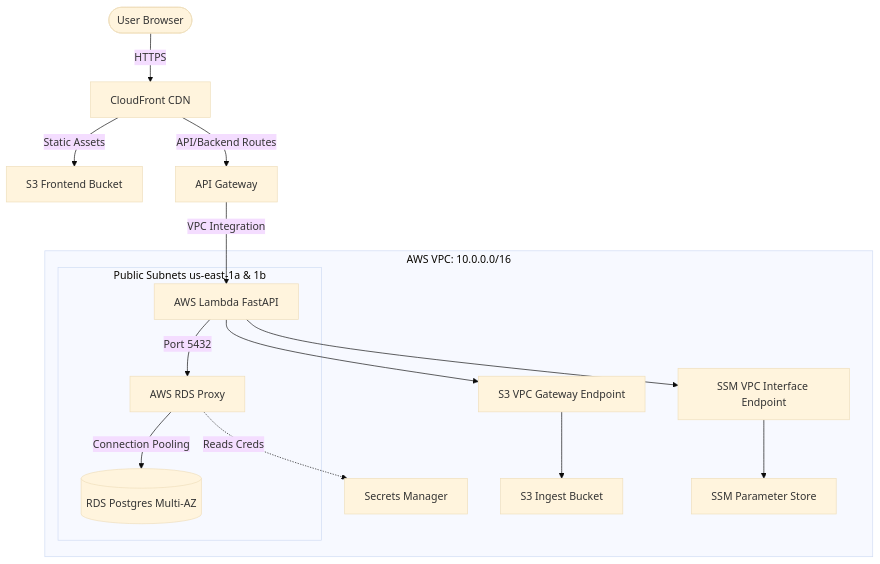
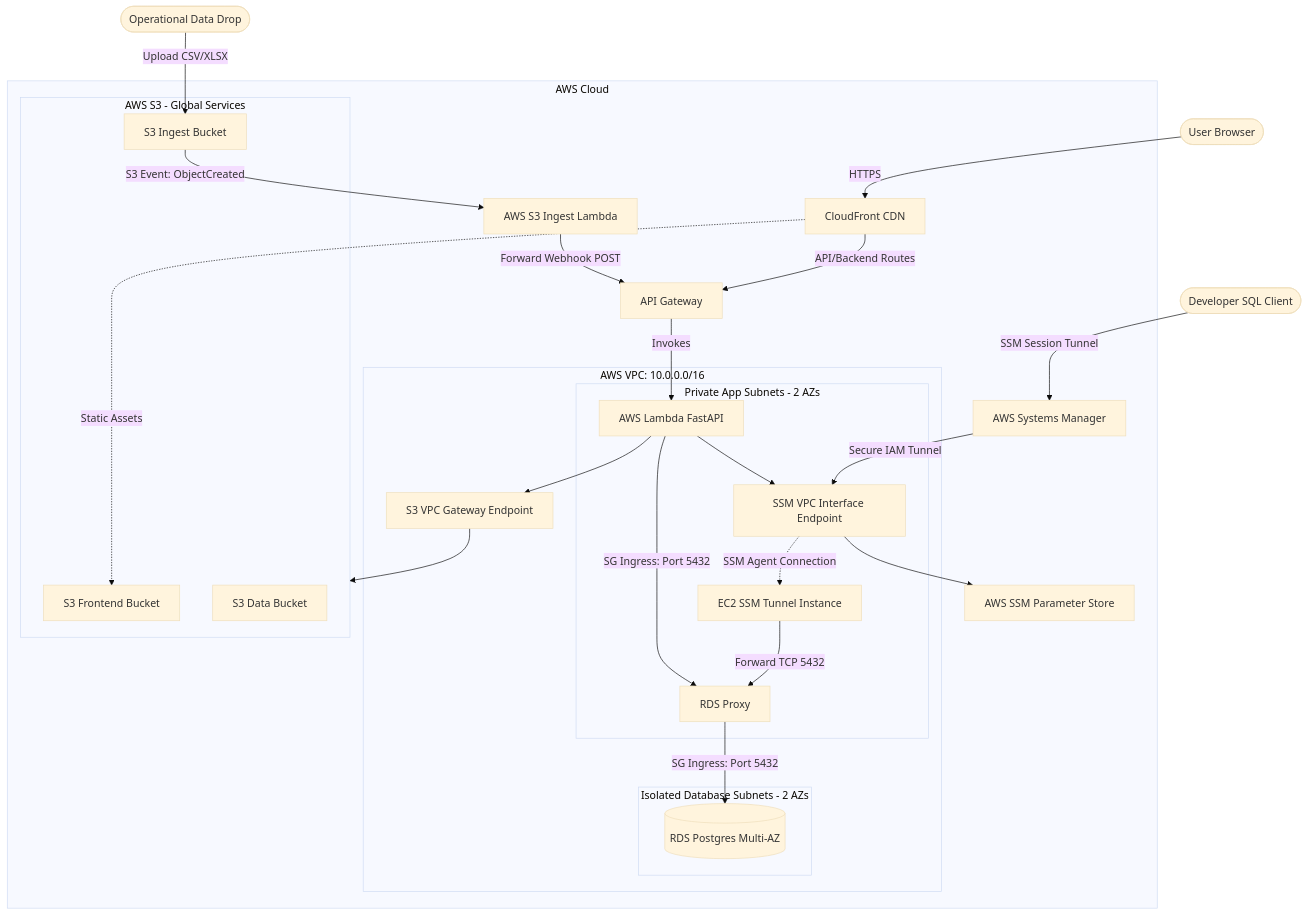
One commit to vanKvo/verity-portal changed the third of 3 diagrams in README.md. Above: the diagram before and after it, drawn with Mermaid (base theme). The commit also changed other lines of this file, not shown here.

````diff
--- a/README.md
+++ b/README.md
@@ -126,27 +129,67 @@
 ```mermaid
-graph TD
-    UserBrowser([User Browser]) -->|HTTPS| CF[CloudFront CDN]
-    CF -->|Static Assets| S3_Front[S3 Frontend Bucket]
-    CF -->|API/Backend Routes| AGW[API Gateway]
-    
-    subgraph VPC [AWS VPC: 10.0.0.0/16]
-        subgraph Subnets [Public Subnets us-east-1a & 1b]
-            Lambda_Prod[AWS Lambda FastAPI]
-            Proxy[AWS RDS Proxy]
-            RDS[(RDS Postgres Multi-AZ)]
+flowchart TD
+    %% Horizontal layout ordering for external clients (Left-to-Right)
+    DataDrop([Operational Data Drop])
+    UserBrowser([User Browser])
+    DevSQLClient([Developer SQL Client])
+
+    subgraph AWS [AWS Cloud]
+        %% Horizontal layout ordering of services inside AWS Cloud
+        S3_Ingest_Lambda[AWS S3 Ingest Lambda]
+        AGW[API Gateway]
+        CF[CloudFront CDN]
+        SSM_Service[AWS Systems Manager]
+        SSM_Param[AWS SSM Parameter Store]
+        
+        subgraph VPC [AWS VPC: 10.0.0.0/16]
+            subgraph PrivateSubnets [Private App Subnets - 2 AZs]
+                Lambda_Prod[AWS Lambda FastAPI]
+                RDS_Proxy[RDS Proxy]
+                EC2_SSM[EC2 SSM Tunnel Instance]
+                
+                %% VPC Endpoints
+                InterfaceSSM[SSM VPC Interface Endpoint]
+            end
+            
+            subgraph IsolatedDbSubnets [Isolated Database Subnets - 2 AZs]
+                RDS[(RDS Postgres Multi-AZ)]
+            end
+            
+            %% VPC Internal Routing
+            Lambda_Prod --> GatewayS3
+            Lambda_Prod -->|SG Ingress: Port 5432| RDS_Proxy
+            RDS_Proxy -->|SG Ingress: Port 5432| RDS            
+            Lambda_Prod --> InterfaceSSM
+            
+            InterfaceSSM -.-> |SSM Agent Connection| EC2_SSM
+            EC2_SSM -->|Forward TCP 5432| RDS_Proxy
+        end
+
+        subgraph S3 [AWS S3 - Global Services]
+            S3_Front[S3 Frontend Bucket]
+            S3_Ingest[S3 Ingest Bucket]
+            S3DataBucket[S3 Data Bucket]
         end
         
-        Secrets[Secrets Manager]
-        Proxy -.-> |Reads Creds| Secrets
-        
-        GatewayS3[S3 VPC Gateway Endpoint]
-        InterfaceSSM[SSM VPC Interface Endpoint]
-        
-        Lambda_Prod -->|Port 5432| Proxy
-        Proxy -->|Connection Pooling| RDS
-        Lambda_Prod --> GatewayS3 --> S3_Ingest[S3 Ingest Bucket]
-        Lambda_Prod --> InterfaceSSM --> SSM_Param[SSM Parameter Store]
+       
     end
+
+    %% External Connections
+    DataDrop -->|Upload CSV/XLSX| S3_Ingest
+    S3_Ingest -->|S3 Event: ObjectCreated| S3_Ingest_Lambda
+    S3_Ingest_Lambda -->|Forward Webhook POST| AGW
+    GatewayS3[S3 VPC Gateway Endpoint]
     
-    AGW -->|VPC Integration| Lambda_Prod
+    UserBrowser -->|HTTPS| CF
+    CF -.->|Static Assets| S3_Front
+    CF -->|API/Backend Routes| AGW
+    
+    DevSQLClient -->|SSM Session Tunnel| SSM_Service
+    
+    %% VPC Externalized Endpoint Connections
+    GatewayS3 --> S3
+    InterfaceSSM --> SSM_Param
+    SSM_Service -->|Secure IAM Tunnel| InterfaceSSM
+    
+    AGW -->|Invokes| Lambda_Prod
 ```
````
